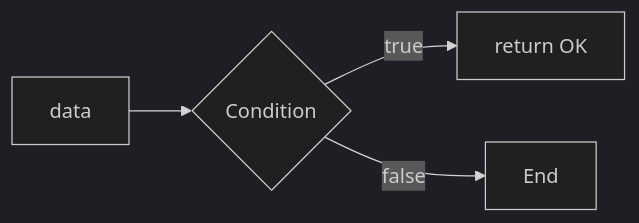
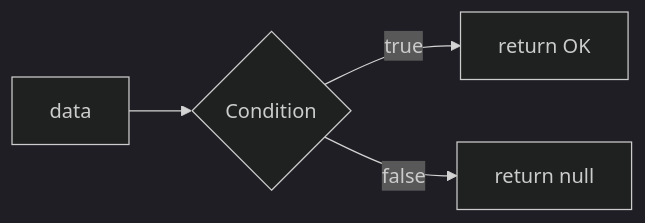
One commit to DevOpsWithDimas/old.devopswithdimas.github.io changed the first of 3 diagrams in _drafts/postgresql/04d-conditional-expression.markdown. Above: the diagram before and after it, drawn with Mermaid (dark theme). The commit also changed other lines of this file, not shown here.

```diff
--- a/_drafts/postgresql/04d-conditional-expression.markdown
+++ b/_drafts/postgresql/04d-conditional-expression.markdown
@@ -70,6 +70,6 @@
 {% mermaid %}
 flowchart LR
     data --> condition1{ Condition }
     condition1 -- true --> conditionOk[ return OK ]
-    condition1 -- false --> End
+    condition1 -- false --> End[ return null ]
 {% endmermaid %}
```
